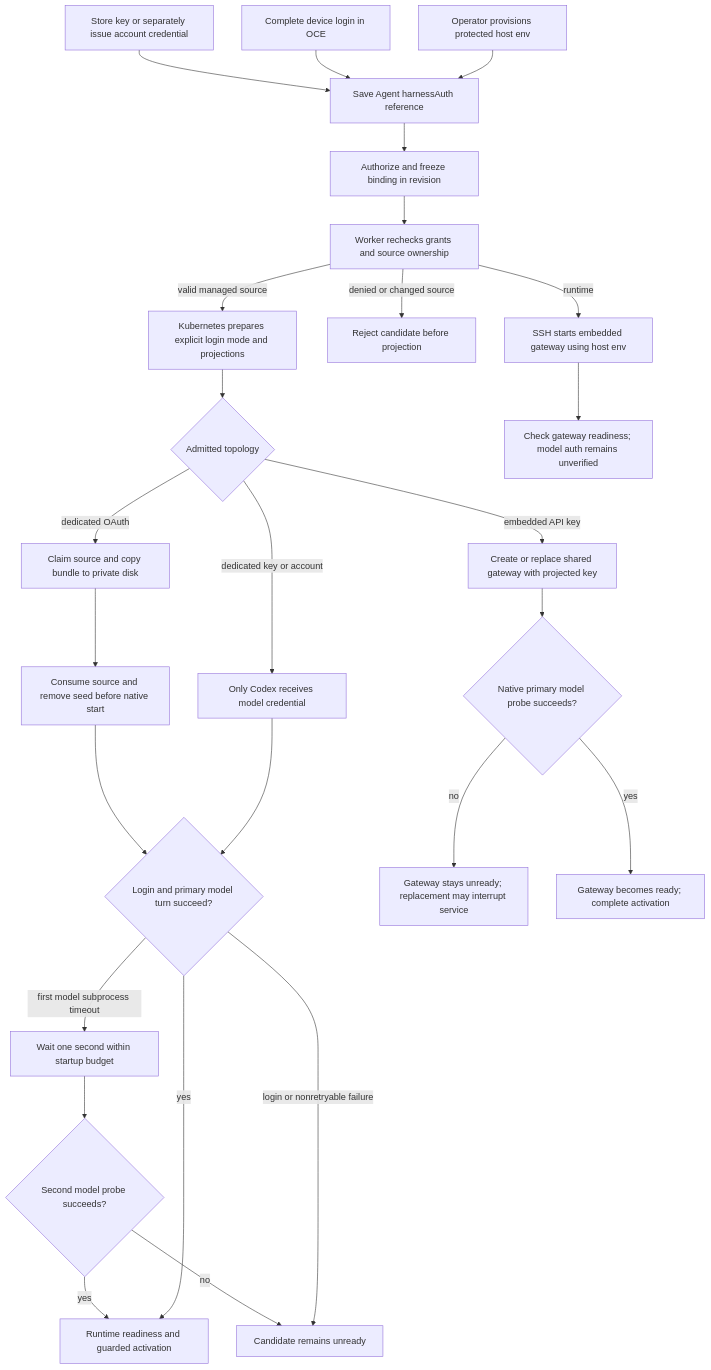
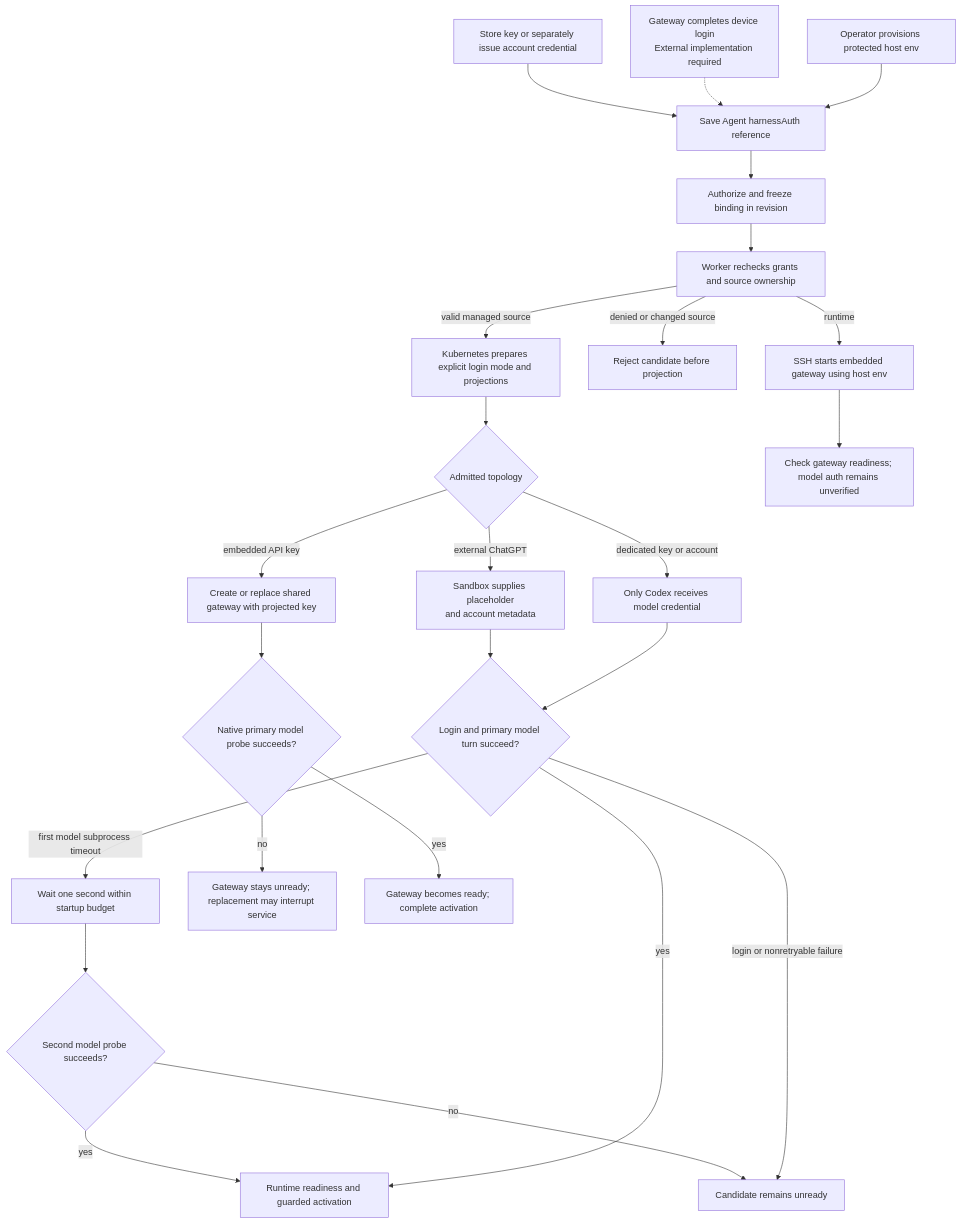
One commit to hybrowlabs/openclaw-enterprise changed the diagram in docs/flows/native-service-account-credential-delivery.md. Above: the diagram before and after it, drawn with Mermaid. The commit also changed other lines of this file and 86 other files, not shown here.

Commit message:
Replace native OAuth custody with credential sources and unify PAT bindings

````diff
--- a/docs/flows/native-service-account-credential-delivery.md
+++ b/docs/flows/native-service-account-credential-delivery.md
@@ -34,28 +34,27 @@
 ```mermaid
 graph TD
   A["Store key or separately issue account credential"] --> B["Save Agent harnessAuth reference"]
-  DA["Complete device login in OCE"] --> B
-  G -->|dedicated OAuth| OA["Claim source and copy bundle to private disk"]
-  OA --> OB["Consume source and remove seed before native start"]
-  OB --> J
+  DA["Gateway completes device login<br/>External implementation required"] -.-> B
+  G -->|external ChatGPT| OA["Sandbox supplies placeholder<br/>and account metadata"]
+  OA --> J
   R["Operator provisions protected host env"] --> B
   D -->|runtime| S["SSH starts embedded gateway using host env"]
   S --> T["Check gateway readiness; model auth remains unverified"]
   B --> C["Authorize and freeze binding in revision"]
   C --> D["Worker rechecks grants and source ownership"]
   D -->|denied or changed source| E["Reject candidate before projection"]
   D -->|valid managed source| F["Kubernetes prepares explicit login mode and projections"]
   F --> G{"Admitted topology"}
   G -->|embedded API key| H["Create or replace shared gateway with projected key"]
   G -->|dedicated key or account| I["Only Codex receives model credential"]
   I --> J{"Login and primary model turn succeed?"}
   J -->|first model subprocess timeout| P["Wait one second within startup budget"]
   P --> Q{"Second model probe succeeds?"}
   Q -->|yes| L
   Q -->|no| K["Candidate remains unready"]
   J -->|login or nonretryable failure| K
   J -->|yes| L["Runtime readiness and guarded activation"]
   H --> M{"Native primary model probe succeeds?"}
   M -->|no| N["Gateway stays unready; replacement may interrupt service"]
   M -->|yes| O["Gateway becomes ready; complete activation"]
 ```
````
